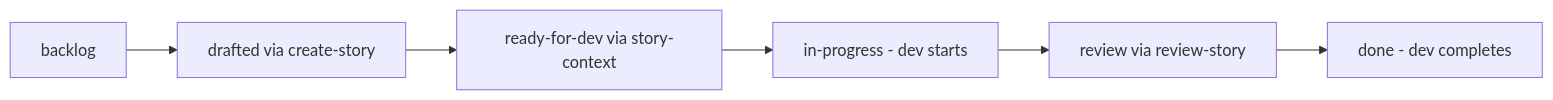
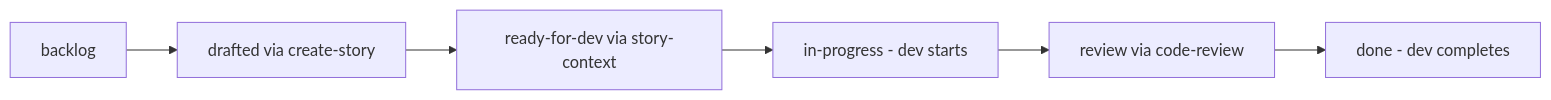
Before and after one commit to IBE160/SG-NextGenCoding: the second of 2 diagrams in bmad/bmm/workflows/4-implementation/README.md, drawn with Mermaid. The commit also changed other lines of this file and 153 other files, not shown here.

````diff
--- a/bmad/bmm/workflows/4-implementation/README.md
+++ b/bmad/bmm/workflows/4-implementation/README.md
@@ -63,8 +63,8 @@
 ```mermaid
 graph LR
     backlog --> drafted[drafted via create-story]
     drafted --> ready[ready-for-dev via story-context]
     ready --> progress[in-progress - dev starts]
-    progress --> review[review via review-story]
+    progress --> review[review via code-review]
     review --> done[done - dev completes]
 ```
````
